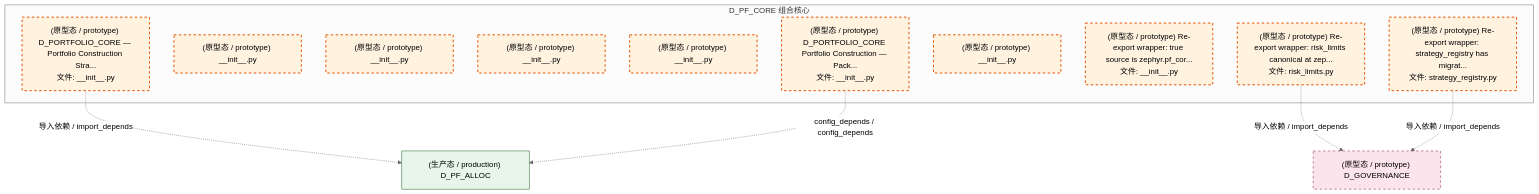
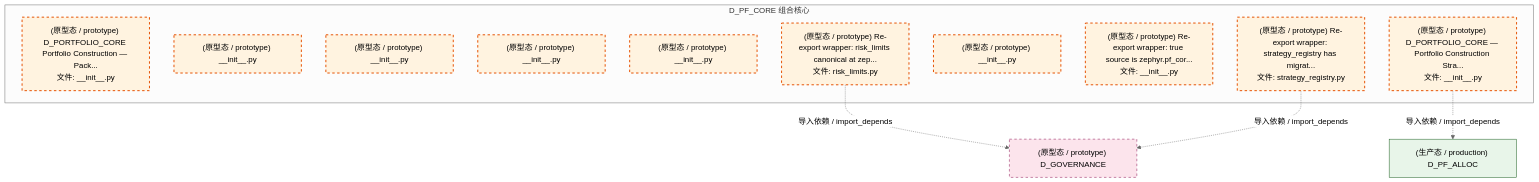
The third of 4 diagrams in docs/02_enterprise_architecture/02_domain_architecture_docs/52_d_pf_core.md (xuanFelixVan/ZephyrAlpha), drawn with Mermaid (neutral theme) before and after one commit. The commit also changed other lines of this file and 126 other files, not shown here.

````diff
--- a/docs/02_enterprise_architecture/02_domain_architecture_docs/52_d_pf_core.md
+++ b/docs/02_enterprise_architecture/02_domain_architecture_docs/52_d_pf_core.md
@@ -153,28 +146,27 @@
 ```mermaid
 graph TD
     subgraph D_PF_CORE["D_PF_CORE 组合核心"]
         src_zephyr_pf_core_init_py["(原型态 / prototype) D_PORTFOLIO_CORE Portfolio Construction — Pack...<br/>文件: __init__.py"]
         src_zephyr_pf_core_extensions_init_py["(原型态 / prototype) __init__.py"]
         src_zephyr_pf_core_api_init_py["(原型态 / prototype) __init__.py"]
         src_zephyr_pf_core_core_init_py["(原型态 / prototype) __init__.py"]
         src_zephyr_pf_core_infrastructure_init_py["(原型态 / prototype) __init__.py"]
         src_zephyr_pf_core_risk_limits_py["(原型态 / prototype) Re-export wrapper: risk_limits canonical at zep...<br/>文件: risk_limits.py"]
         src_zephyr_pf_core_services_init_py["(原型态 / prototype) __init__.py"]
         src_zephyr_pf_core_strategies_init_py["(原型态 / prototype) Re-export wrapper: true source is zephyr.pf_cor...<br/>文件: __init__.py"]
         src_zephyr_pf_core_strategy_engine_init_py["(原型态 / prototype) D_PORTFOLIO_CORE — Portfolio Construction Stra...<br/>文件: __init__.py"]
         src_zephyr_pf_core_strategy_registry_py["(原型态 / prototype) Re-export wrapper: strategy_registry has migrat...<br/>文件: strategy_registry.py"]
     end
     D_GOVERNANCE["(原型态 / prototype) D_GOVERNANCE"]
     src_zephyr_pf_core_risk_limits_py -.->|导入依赖 / import_depends| D_GOVERNANCE
     src_zephyr_pf_core_strategy_registry_py -.->|导入依赖 / import_depends| D_GOVERNANCE
     D_PF_ALLOC["(生产态 / production) D_PF_ALLOC"]
     src_zephyr_pf_core_strategy_engine_init_py -.->|导入依赖 / import_depends| D_PF_ALLOC
-    src_zephyr_pf_core_init_py -.->|config_depends / config_depends| D_PF_ALLOC
     classDef production fill:#e1f5fe,stroke:#01579b,stroke-width:2px,color:#000
     classDef design fill:#fff3e0,stroke:#e65100,stroke-width:2px,color:#000,stroke-dasharray: 5 5
     classDef external_prod fill:#e8f5e9,stroke:#1b5e20,stroke-width:1px,color:#000
     classDef external_design fill:#fce4ec,stroke:#880e4f,stroke-width:1px,color:#000,stroke-dasharray: 5 5
     class src_zephyr_pf_core_init_py,src_zephyr_pf_core_extensions_init_py,src_zephyr_pf_core_api_init_py,src_zephyr_pf_core_core_init_py,src_zephyr_pf_core_infrastructure_init_py,src_zephyr_pf_core_risk_limits_py,src_zephyr_pf_core_services_init_py,src_zephyr_pf_core_strategies_init_py,src_zephyr_pf_core_strategy_engine_init_py,src_zephyr_pf_core_strategy_registry_py design
     class D_PF_ALLOC external_prod
     class D_GOVERNANCE external_design
 ```
````
